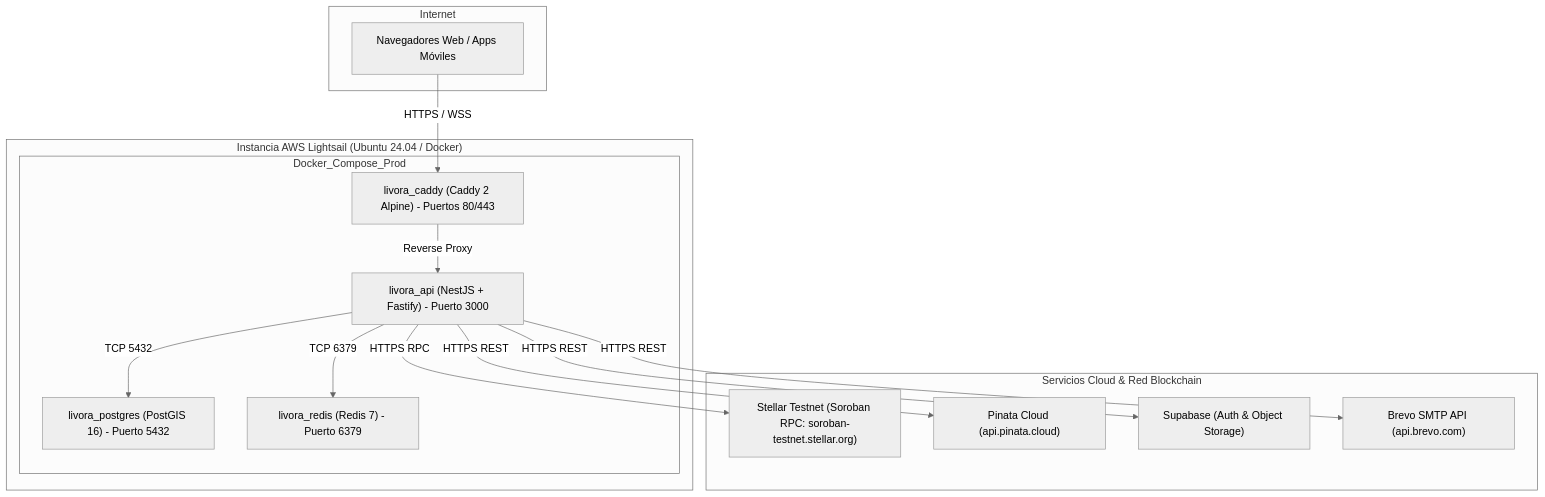
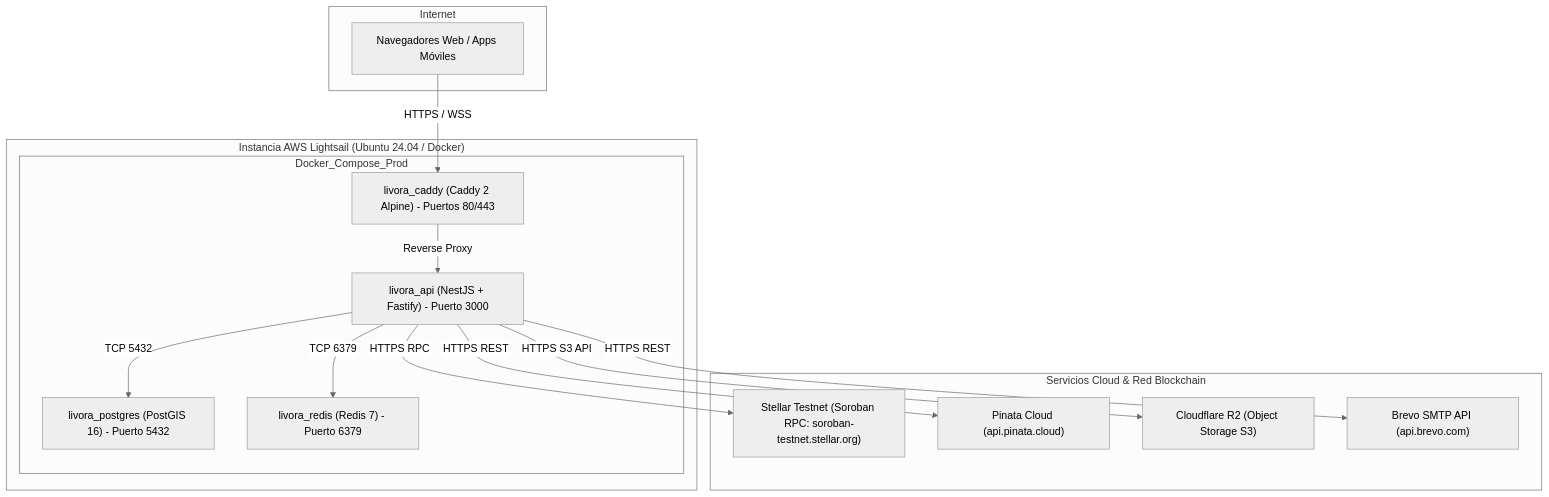
One commit to Livora-Labs/Livora-api-service changed the eighth of 8 diagrams in docs/arc42-architecture-report.md. Above: the diagram before and after it, drawn with Mermaid (neutral theme). The commit also changed other lines of this file and 12 other files, not shown here.

Commit message:
chore(docs,deps): complete purge of legacy BaaS residues, update architecture diagrams and prune lockfile

````diff
--- a/docs/arc42-architecture-report.md
+++ b/docs/arc42-architecture-report.md
@@ -318,31 +316,31 @@
 ```mermaid
 graph TD
     subgraph Internet
         UserAgent[Navegadores Web / Apps Móviles]
     end
 
     subgraph AWS_Lightsail_Host["Instancia AWS Lightsail (Ubuntu 24.04 / Docker)"]
         subgraph Docker_Compose_Prod
             CaddyContainer["livora_caddy (Caddy 2 Alpine) - Puertos 80/443"]
             APIContainer["livora_api (NestJS + Fastify) - Puerto 3000"]
             PostgresContainer["livora_postgres (PostGIS 16) - Puerto 5432"]
             RedisContainer["livora_redis (Redis 7) - Puerto 6379"]
         end
     end
 
     subgraph Cloud_And_Web3_Services["Servicios Cloud & Red Blockchain"]
         StellarNetwork["Stellar Testnet (Soroban RPC: soroban-testnet.stellar.org)"]
         PinataIPFS["Pinata Cloud (api.pinata.cloud)"]
-        SupabaseCloud["Supabase (Auth & Object Storage)"]
+        CloudflareR2Cloud["Cloudflare R2 (Object Storage S3)"]
         BrevoSMTP["Brevo SMTP API (api.brevo.com)"]
     end
 
     UserAgent -->|HTTPS / WSS| CaddyContainer
     CaddyContainer -->|Reverse Proxy| APIContainer
     APIContainer -->|TCP 5432| PostgresContainer
     APIContainer -->|TCP 6379| RedisContainer
     APIContainer -->|HTTPS RPC| StellarNetwork
     APIContainer -->|HTTPS REST| PinataIPFS
-    APIContainer -->|HTTPS REST| SupabaseCloud
+    APIContainer -->|HTTPS S3 API| CloudflareR2Cloud
     APIContainer -->|HTTPS REST| BrevoSMTP
 ```
````
